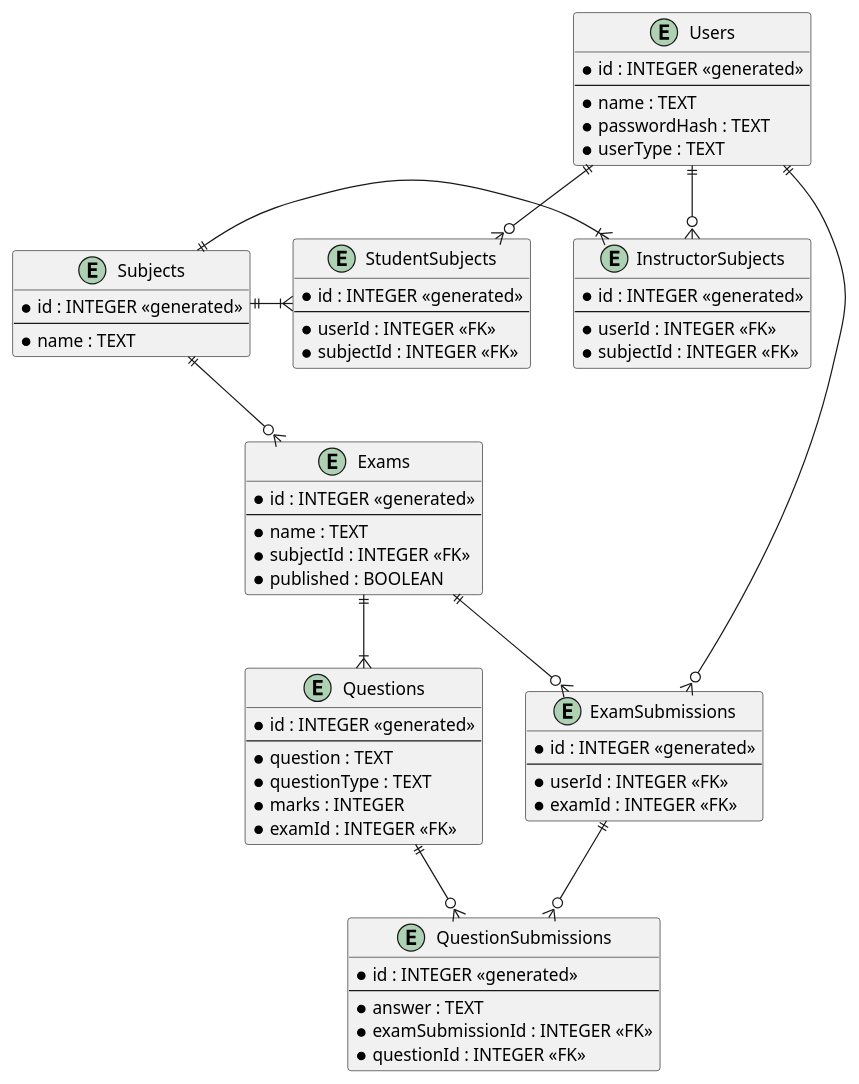
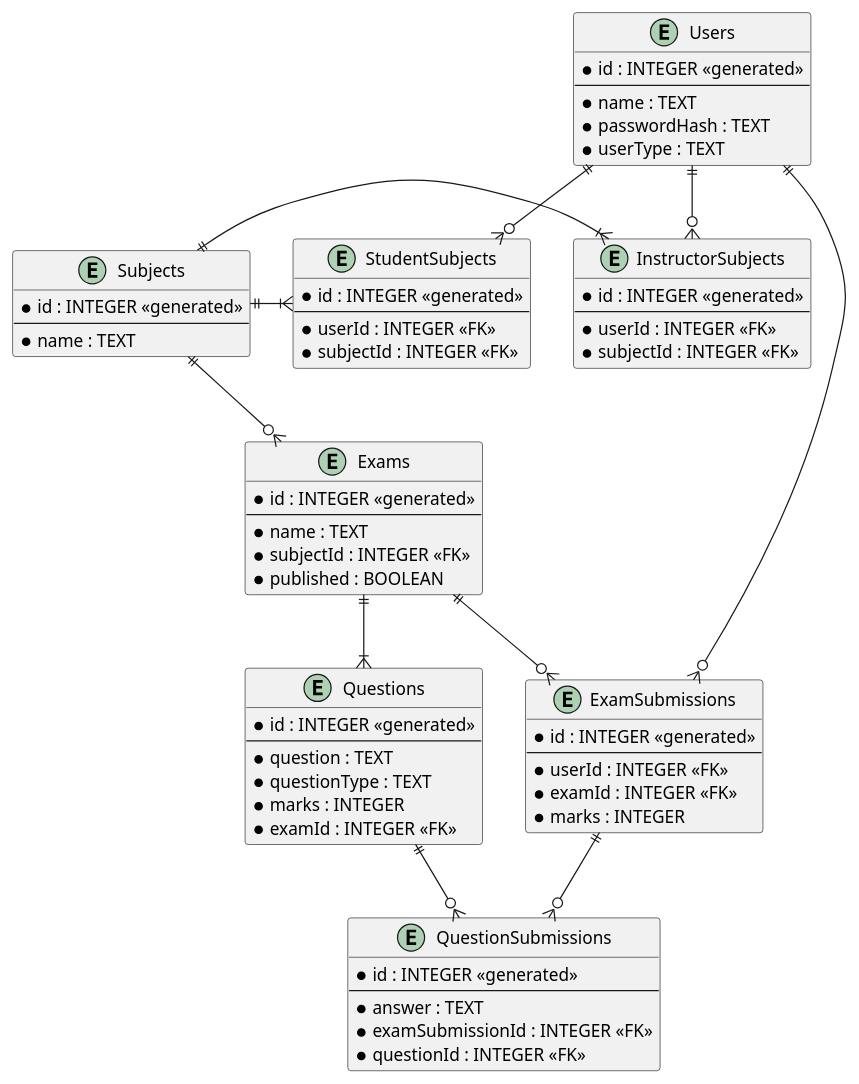
The diagram in docs/diagrams/er.puml (omjadas/ekzameno), drawn with PlantUML before and after one commit.

Commit message:
docs(er): add marks column to ExamSubmissions

```diff
--- a/docs/diagrams/er.puml
+++ b/docs/diagrams/er.puml
@@ -1,76 +1,77 @@
 @startuml ER Diagram
 
 entity Users {
     * id : INTEGER <<generated>>
     --
     * name : TEXT
     * passwordHash : TEXT
     * userType : TEXT
 }
 
 entity Subjects {
     * id : INTEGER <<generated>>
     --
     * name : TEXT
 }
 
 entity Exams {
     * id : INTEGER <<generated>>
     --
     * name : TEXT
     * subjectId : INTEGER <<FK>>
     * published : BOOLEAN
 }
 
 entity Questions {
     * id : INTEGER <<generated>>
     --
     * question : TEXT
     * questionType : TEXT
     * marks : INTEGER
     * examId : INTEGER <<FK>>
 }
 
 entity ExamSubmissions {
     * id : INTEGER <<generated>>
     --
     * userId : INTEGER <<FK>>
     * examId : INTEGER <<FK>>
+    * marks : INTEGER
 }
 
 entity QuestionSubmissions {
     * id : INTEGER <<generated>>
     --
     * answer : TEXT
     * examSubmissionId : INTEGER <<FK>>
     * questionId : INTEGER <<FK>>
 }
 
 entity InstructorSubjects {
     * id : INTEGER <<generated>>
     --
     * userId : INTEGER <<FK>>
     * subjectId : INTEGER <<FK>>
 }
 
 entity StudentSubjects {
     * id : INTEGER <<generated>>
     --
     * userId : INTEGER <<FK>>
     * subjectId : INTEGER <<FK>>
 }
 
 Subjects ||--o{ Exams
 Exams ||--|{ Questions
 Users ||--o{ ExamSubmissions
 Exams ||--o{ ExamSubmissions
 ExamSubmissions ||--o{ QuestionSubmissions
 Questions ||--o{ QuestionSubmissions
 
 Users ||--o{ InstructorSubjects
 Users ||--o{ StudentSubjects
 
 Subjects ||-|{ InstructorSubjects
 Subjects ||-|{ StudentSubjects
 
 @enduml
```
